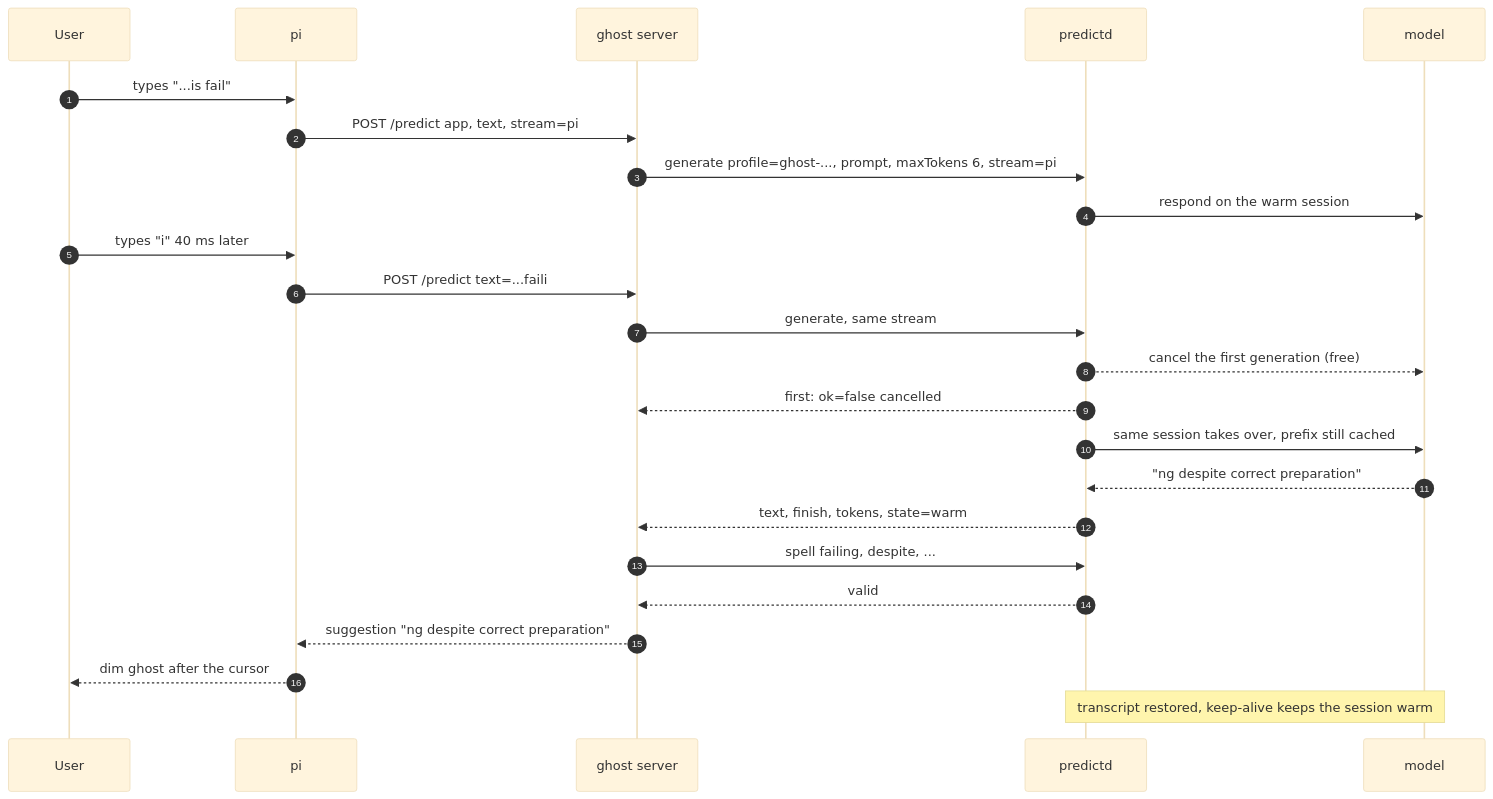
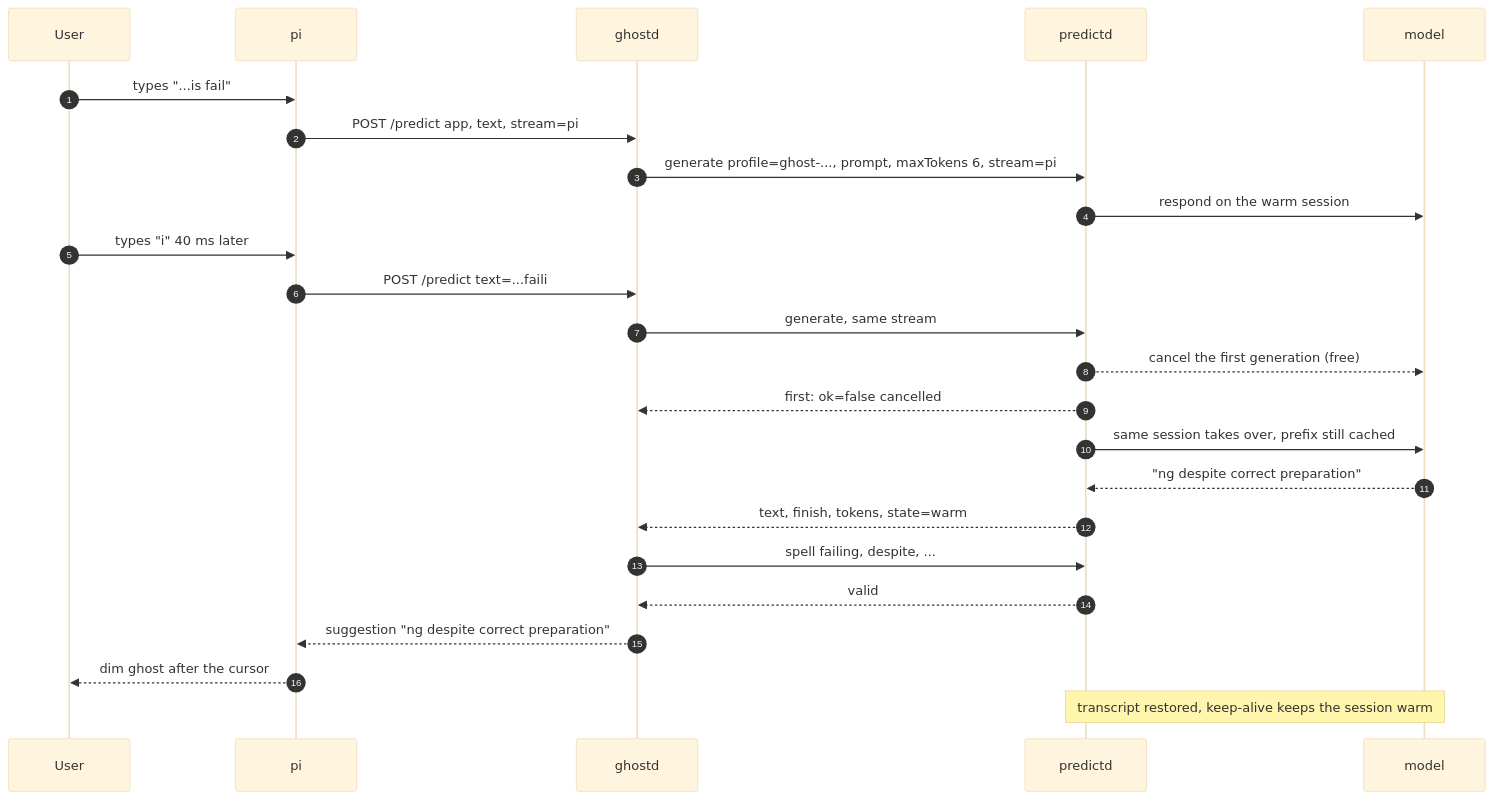
One commit to FreemanX/Homeword changed the fifth of 5 diagrams in docs/ARCHITECTURE.md. Above: the diagram before and after it, drawn with Mermaid (base theme). The commit also changed other lines of this file and 45 other files, not shown here.

````diff
--- a/docs/ARCHITECTURE.md
+++ b/docs/ARCHITECTURE.md
@@ -231,26 +231,26 @@
 ```mermaid
 sequenceDiagram
     autonumber
     participant U as User
     participant A as pi
-    participant G as ghost server
+    participant G as ghostd
     participant D as predictd
     participant M as model
     U->>A: types "...is fail"
     A->>G: POST /predict app, text, stream=pi
     G->>D: generate profile=ghost-..., prompt, maxTokens 6, stream=pi
     D->>M: respond on the warm session
     U->>A: types "i" 40 ms later
     A->>G: POST /predict text=...faili
     G->>D: generate, same stream
     D-->>M: cancel the first generation (free)
     D-->>G: first: ok=false cancelled
     D->>M: same session takes over, prefix still cached
     M-->>D: "ng despite correct preparation"
     D-->>G: text, finish, tokens, state=warm
     G->>D: spell failing, despite, ...
     D-->>G: valid
     G-->>A: suggestion "ng despite correct preparation"
     A-->>U: dim ghost after the cursor
     Note over D,M: transcript restored, keep-alive keeps the session warm
 ```
````
